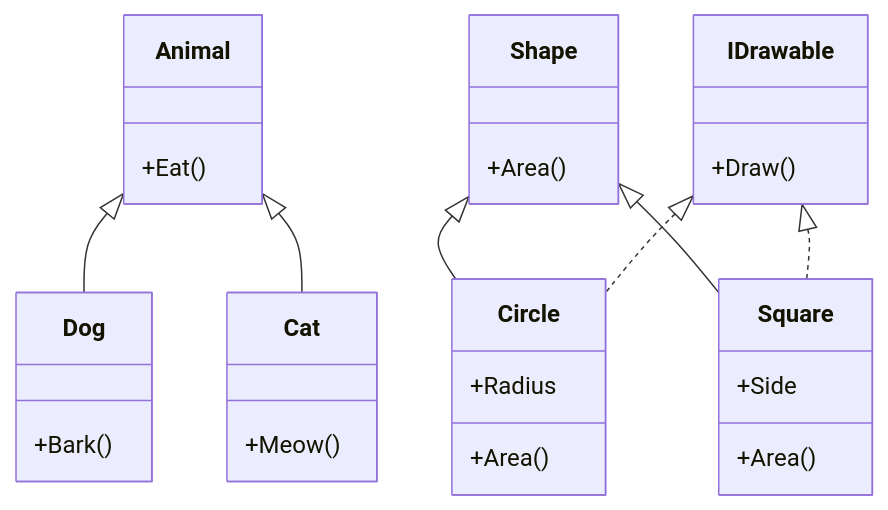
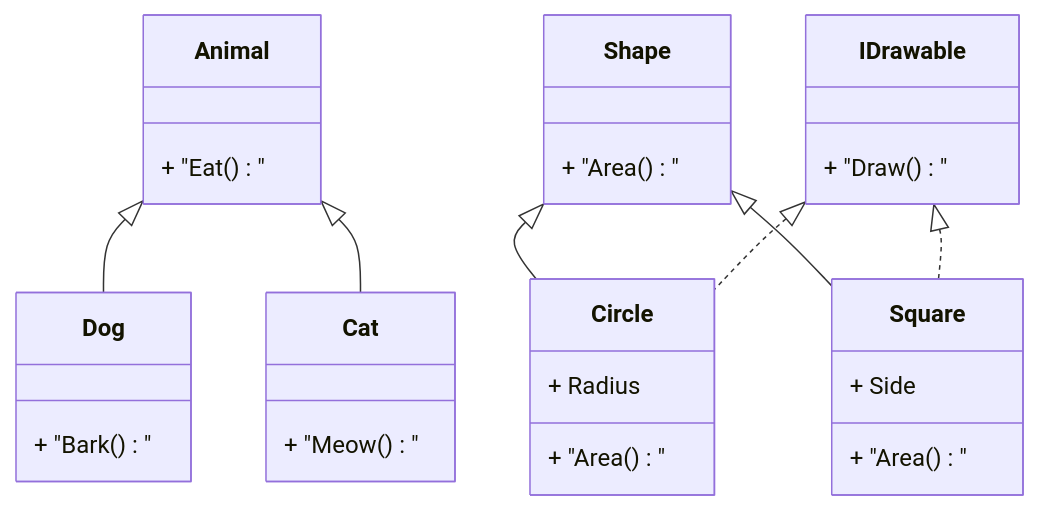
Before and after one commit to 42jerrykim/42jerrykim.github.io: the sixth of 14 diagrams in content/post/2024/2024-10-15-csharp-class/index.md, drawn with Mermaid. The commit also changed other lines of this file and 239 other files, not shown here.

````diff
--- a/content/post/2024/2024-10-15-csharp-class/index.md
+++ b/content/post/2024/2024-10-15-csharp-class/index.md
@@ -632,33 +549,32 @@
 ```mermaid
 classDiagram
     class Animal {
-        +Eat()
+        + "Eat()"
     }
     class Dog {
-        +Bark()
+        + "Bark()"
     }
     class Cat {
-        +Meow()
+        + "Meow()"
     }
     class Shape {
-        +Area()
+        + "Area()"
     }
     class Circle {
-        +Radius
-        +Area()
+        + Radius
+        + "Area()"
     }
     class Square {
-        +Side
-        +Area()
+        + Side
+        + "Area()"
     }
     class IDrawable {
-        +Draw()
+        + "Draw()"
     }
-
     Animal <|-- Dog
     Animal <|-- Cat
     Shape <|-- Circle
     Shape <|-- Square
     IDrawable <|.. Circle
     IDrawable <|.. Square
 ```
````
